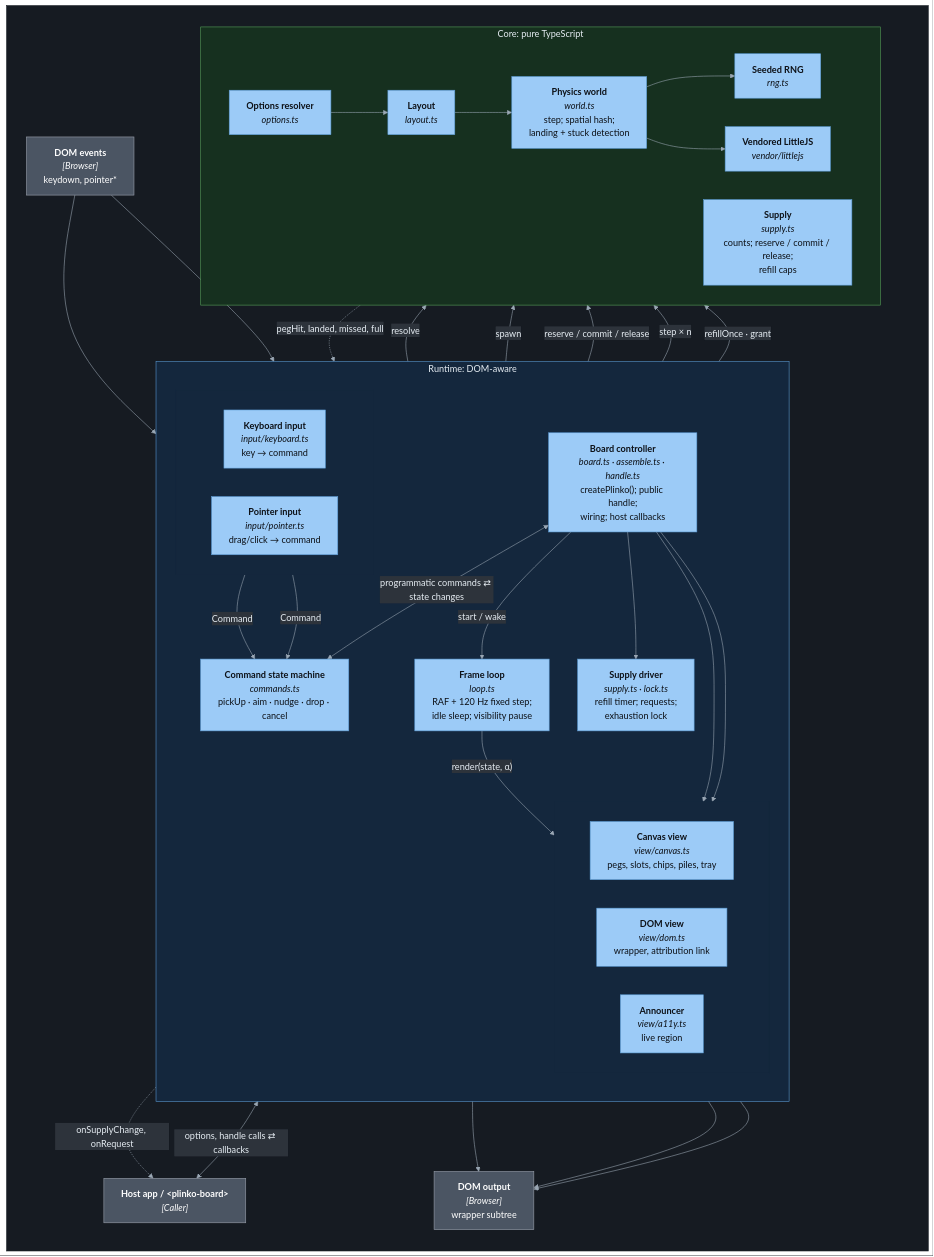
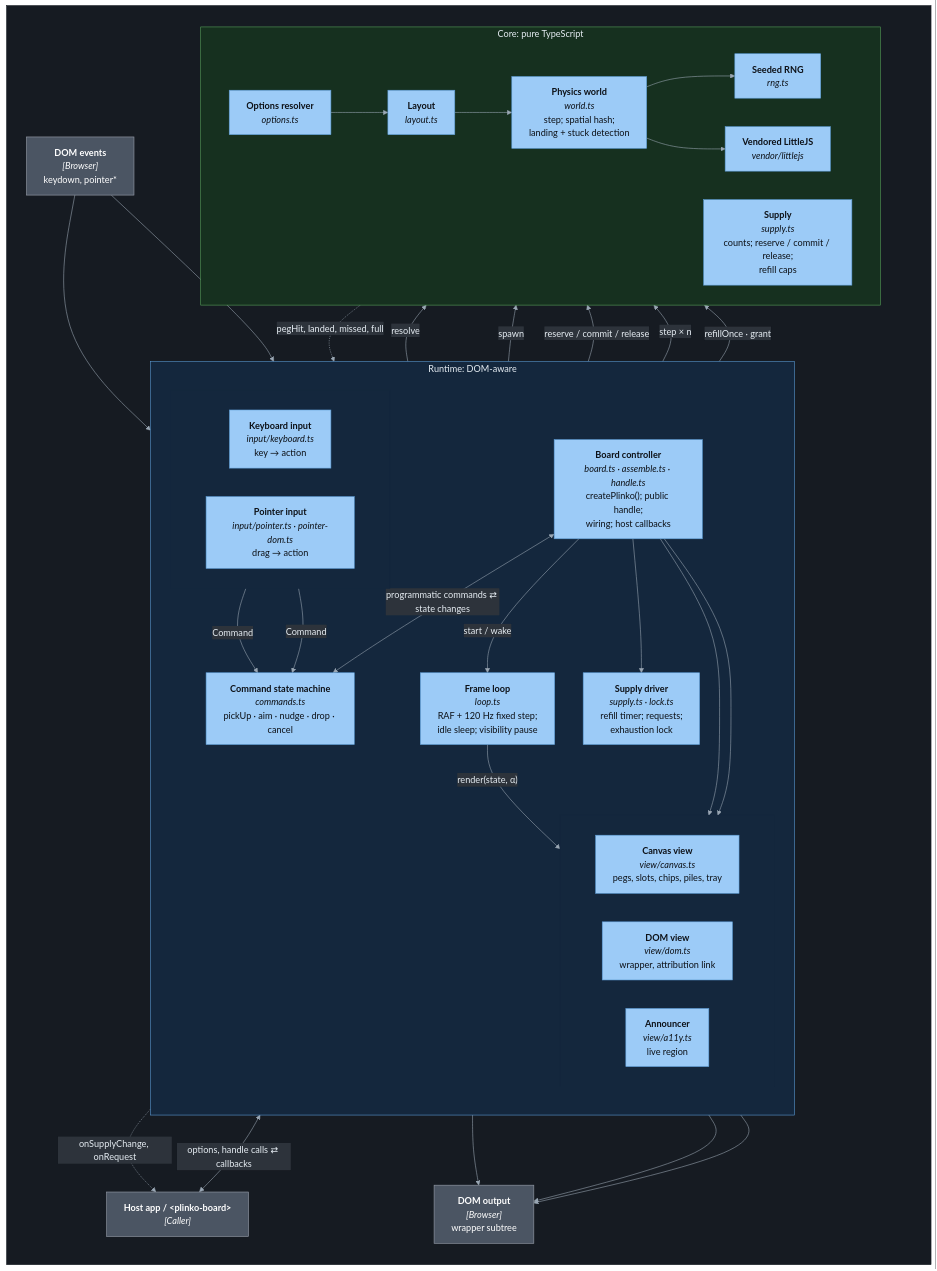
Before and after one commit to alanbickel/plinko-config: the third of 10 diagrams in docs/ARCHITECTURE.md, drawn with Mermaid. The commit also changed other lines of this file and 36 other files, not shown here.

Commit message:
Add pointer input: carry chips by drag or keyboard to a drop zone, lose them anywhere else, and keep the board on screen

````diff
--- a/docs/ARCHITECTURE.md
+++ b/docs/ARCHITECTURE.md
@@ -118,76 +118,76 @@
 ```mermaid
 %%{init: {"theme":"base","themeVariables":{"lineColor":"#9aa7b4","textColor":"#e6edf3","primaryTextColor":"#e6edf3","edgeLabelBackground":"#2d333b","clusterBkg":"#161b22","clusterBorder":"#30363d","titleColor":"#e6edf3"}}}%%
 flowchart TB
     subgraph canvas[" "]
         direction TB
 
 
         hostApp["<b>Host app / &lt;plinko-board&gt;</b><br/><i>[Caller]</i>"]:::external
         domIn["<b>DOM events</b><br/><i>[Browser]</i><br/>keydown, pointer*"]:::external
 
         subgraph runtime["Runtime: DOM-aware"]
             direction TB
             subgraph inputs[" "]
                 direction LR
-                kb["<b>Keyboard input</b><br/><i>input/keyboard.ts</i><br/>key → command"]:::comp
-                ptr["<b>Pointer input</b><br/><i>input/pointer.ts</i><br/>drag/click → command"]:::comp
+                kb["<b>Keyboard input</b><br/><i>input/keyboard.ts</i><br/>key → action"]:::comp
+                ptr["<b>Pointer input</b><br/><i>input/pointer.ts · pointer-dom.ts</i><br/>drag → action"]:::comp
             end
             cmds["<b>Command state machine</b><br/><i>commands.ts</i><br/>pickUp · aim · nudge · drop · cancel"]:::comp
             board["<b>Board controller</b><br/><i>board.ts · assemble.ts · handle.ts</i><br/>createPlinko(); public handle;<br/>wiring; host callbacks"]:::comp
             loop["<b>Frame loop</b><br/><i>loop.ts</i><br/>RAF + 120 Hz fixed step;<br/>idle sleep; visibility pause"]:::comp
             supplyRt["<b>Supply driver</b><br/><i>supply.ts · lock.ts</i><br/>refill timer; requests;<br/>exhaustion lock"]:::comp
             subgraph views[" "]
                 direction LR
                 canvasView["<b>Canvas view</b><br/><i>view/canvas.ts</i><br/>pegs, slots, chips, piles, tray"]:::comp
                 domView["<b>DOM view</b><br/><i>view/dom.ts</i><br/>wrapper, attribution link"]:::comp
                 a11y["<b>Announcer</b><br/><i>view/a11y.ts</i><br/>live region"]:::comp
             end
         end
 
         domOut["<b>DOM output</b><br/><i>[Browser]</i><br/>wrapper subtree"]:::external
 
         subgraph core["Core: pure TypeScript"]
             direction LR
             opts["<b>Options resolver</b><br/><i>options.ts</i>"]:::comp
             layout["<b>Layout</b><br/><i>layout.ts</i>"]:::comp
             world["<b>Physics world</b><br/><i>world.ts</i><br/>step; spatial hash;<br/>landing + stuck detection"]:::comp
             rng["<b>Seeded RNG</b><br/><i>rng.ts</i>"]:::comp
             vendor["<b>Vendored LittleJS</b><br/><i>vendor/littlejs</i>"]:::comp
             supply["<b>Supply</b><br/><i>supply.ts</i><br/>counts; reserve / commit / release;<br/>refill caps"]:::comp
         end
 
         hostApp <-- "options, handle calls ⇄ callbacks" --> board
         domIn --> kb
         domIn --> ptr
         kb -- "Command" --> cmds
         ptr -- "Command" --> cmds
         board <-- "programmatic commands ⇄ state changes" --> cmds
         board -- "start / wake" --> loop
         board --> domView
         board --> a11y
         loop -- "render(state, α)" --> canvasView
         canvasView --> domOut
         domView --> domOut
         a11y --> domOut
 
         board -- "resolve" --> opts
         opts --> layout --> world
         cmds -- "spawn" --> world
         cmds -- "reserve / commit / release" --> supply
         loop -- "step × n" --> world
         world -. "pegHit, landed, missed, full" .-> board
         board --> supplyRt
         supplyRt -- "refillOnce · grant" --> supply
         supplyRt -. "onSupplyChange, onRequest" .-> hostApp
         world --> rng
         world --> vendor
     end
 
     classDef comp fill:#9ccbf7,stroke:#5b9bd5,color:#0d1117
     classDef external fill:#4b5563,stroke:#9ca3af,color:#ffffff
     style canvas fill:#161b22,stroke:#161b22
     style runtime fill:#14273d,stroke:#5b9bd5,color:#e6edf3
     style core fill:#16301f,stroke:#56a35a,color:#e6edf3
     style inputs fill:#14273d,stroke:#14273d
     style views fill:#14273d,stroke:#14273d
 ```
````
